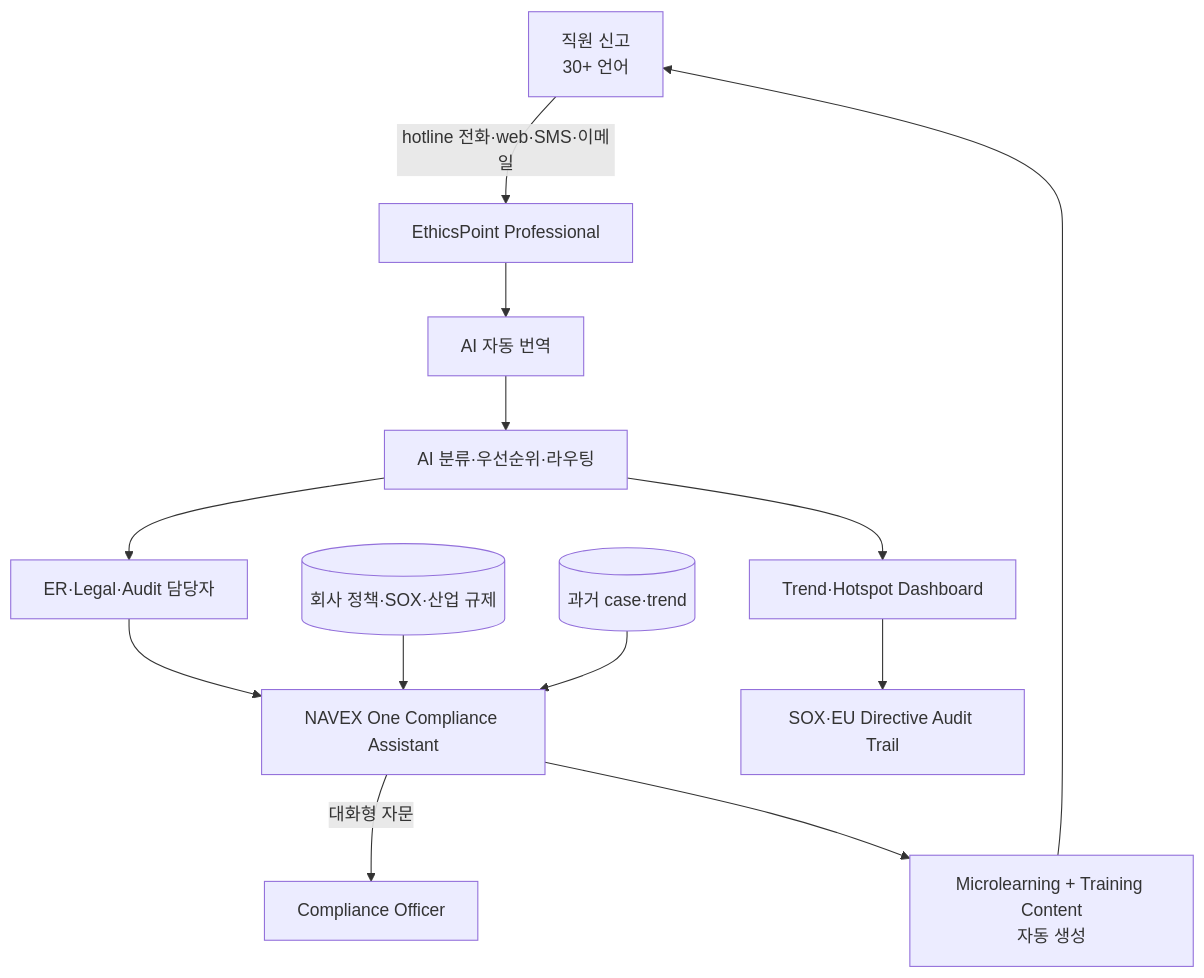
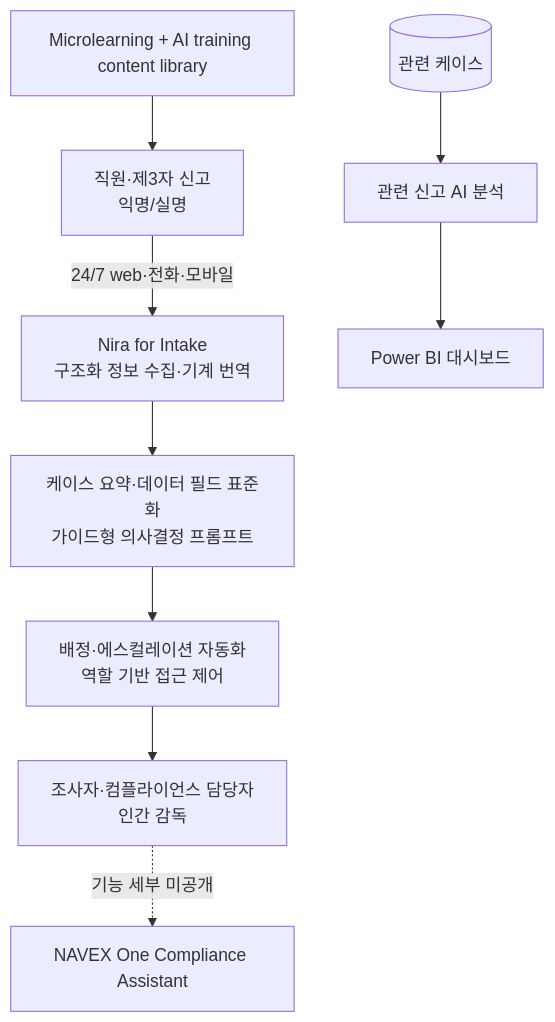
Before and after one commit to jameskim1st/hr-ai-benchmark: the diagram in wiki/usecases/navex-ethicspoint-nca-compliance.md, drawn with Mermaid. The commit also changed other lines of this file and 222 other files, not shown here.

````diff
--- a/wiki/usecases/navex-ethicspoint-nca-compliance.md
+++ b/wiki/usecases/navex-ethicspoint-nca-compliance.md
@@ -110,15 +106,11 @@
 ```mermaid
 flowchart TB
-    Emp[직원 신고<br/>30+ 언어] -->|hotline 전화·web·SMS·이메일| Eth[EthicsPoint Professional]
-    Eth --> Trans[AI 자동 번역]
-    Trans --> Class[AI 분류·우선순위·라우팅]
-    Class --> Route[ER·Legal·Audit 담당자]
-    Route --> NCA[NAVEX One Compliance Assistant]
-    Policy[(회사 정책·SOX·산업 규제)] --> NCA
-    Past[(과거 case·trend)] --> NCA
-    NCA -->|대화형 자문| Officer[Compliance Officer]
-    NCA --> Training[Microlearning + Training Content<br/>자동 생성]
-    Training --> Emp
-    Class --> Dashboard[Trend·Hotspot Dashboard]
-    Dashboard --> SOX[SOX·EU Directive Audit Trail]
+    Emp[직원·제3자 신고<br/>익명/실명] -->|24/7 web·전화·모바일| Nira[Nira for Intake<br/>구조화 정보 수집·기계 번역]
+    Nira --> Case[케이스 요약·데이터 필드 표준화<br/>가이드형 의사결정 프롬프트]
+    Case --> Route[배정·에스컬레이션 자동화<br/>역할 기반 접근 제어]
+    Route --> Investigator[조사자·컴플라이언스 담당자<br/>인간 감독]
+    Past[(관련 케이스)] --> Related[관련 신고 AI 분석]
+    Related --> Dashboard[Power BI 대시보드]
+    Investigator -.->|"기능 세부 미공개"| NCA[NAVEX One Compliance Assistant]
+    Training[Microlearning + AI training content library] --> Emp
 ```
````
